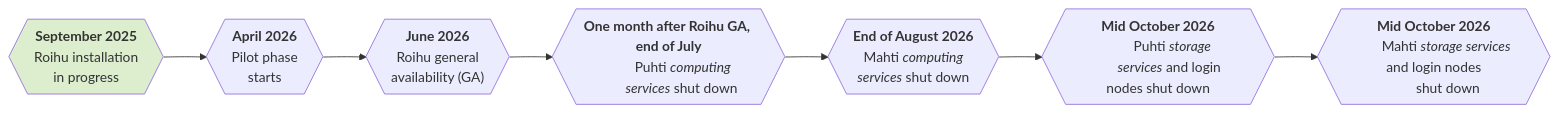
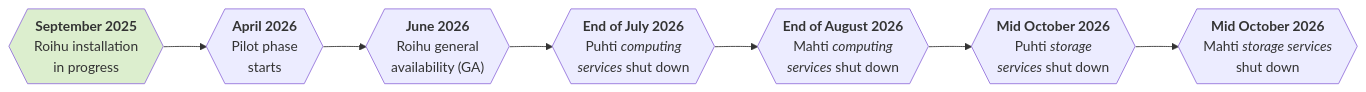
The diagram in docs/computing/systems-roihu.md (CSCfi/csc-user-guide), drawn with Mermaid before and after one commit.

Commit message:
Fix formatting

````diff
--- a/docs/computing/systems-roihu.md
+++ b/docs/computing/systems-roihu.md
@@ -11,25 +11,25 @@
 ```mermaid
 graph LR;
     A{{"<b>September 2025</b>
         Roihu installation
         in progress"}} --> B;
     B{{"<b>April 2026</b>
         Pilot phase
         starts"}} --> C;
     C{{"<b>June 2026</b>
         Roihu general
         availability (GA)"}} --> D;
-    D{{"<b>One month after Roihu GA, end of July</b>
+    D{{"<b>End of July 2026</b>
         Puhti <i>computing
         services</i> shut down"}} --> E;
     E{{"<b>End of August 2026</b>
         Mahti <i>computing
         services</i> shut down"}} --> F;
     F{{"<b>Mid October 2026</b>
         Puhti <i>storage
-        services</i> and login nodes shut down"}} --> G;
+        services</i> shut down"}} --> G;
     G{{"<b>Mid October 2026</b>
-        Mahti <i>storage services</i> and login nodes
+        Mahti <i>storage services</i>
         shut down"}}
     style A fill:#dceeceff;
 ```
````
